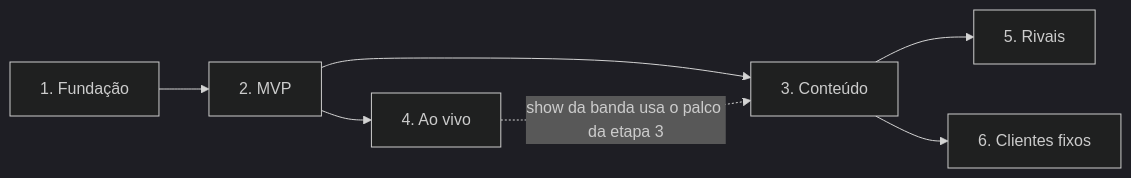
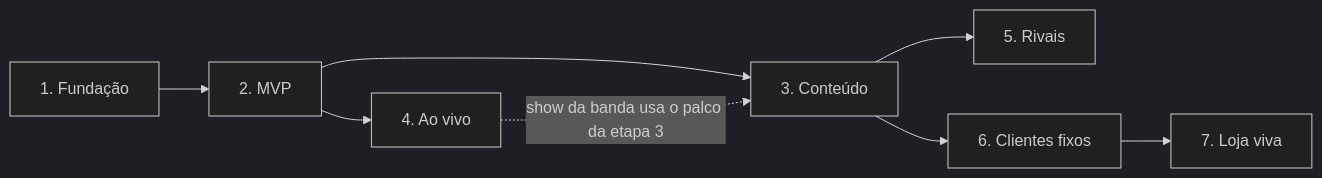
Before and after one commit to LCavarcan/VinilHero: the diagram in docs/roteiro/index.md, drawn with Mermaid (dark theme). The commit also changed other lines of this file and 64 other files, not shown here.

````diff
--- a/docs/roteiro/index.md
+++ b/docs/roteiro/index.md
@@ -15,9 +16,10 @@
 ```mermaid
 flowchart LR
     E1[1. Fundação] --> E2[2. MVP]
     E2 --> E3[3. Conteúdo]
     E2 --> E4[4. Ao vivo]
     E3 --> E5[5. Rivais]
     E3 --> E6[6. Clientes fixos]
+    E6 --> E7[7. Loja viva]
     E4 -.->|show da banda usa o palco da etapa 3| E3
 ```
````
